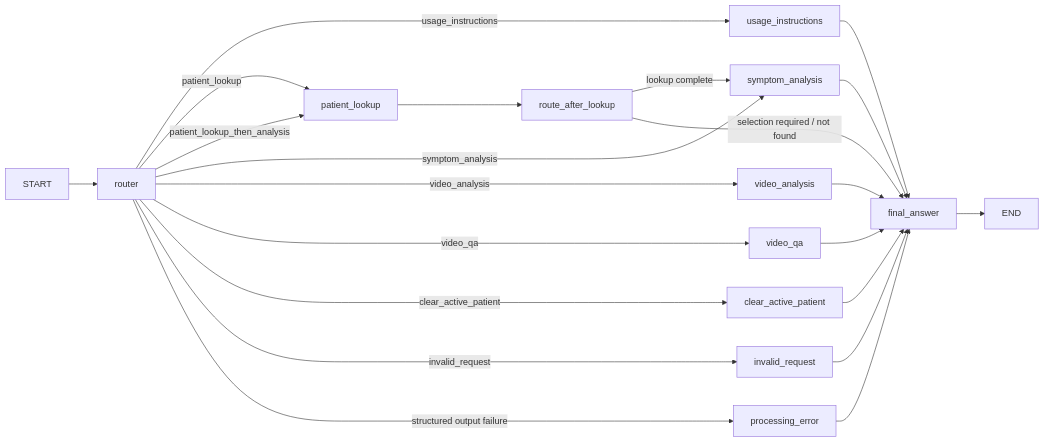
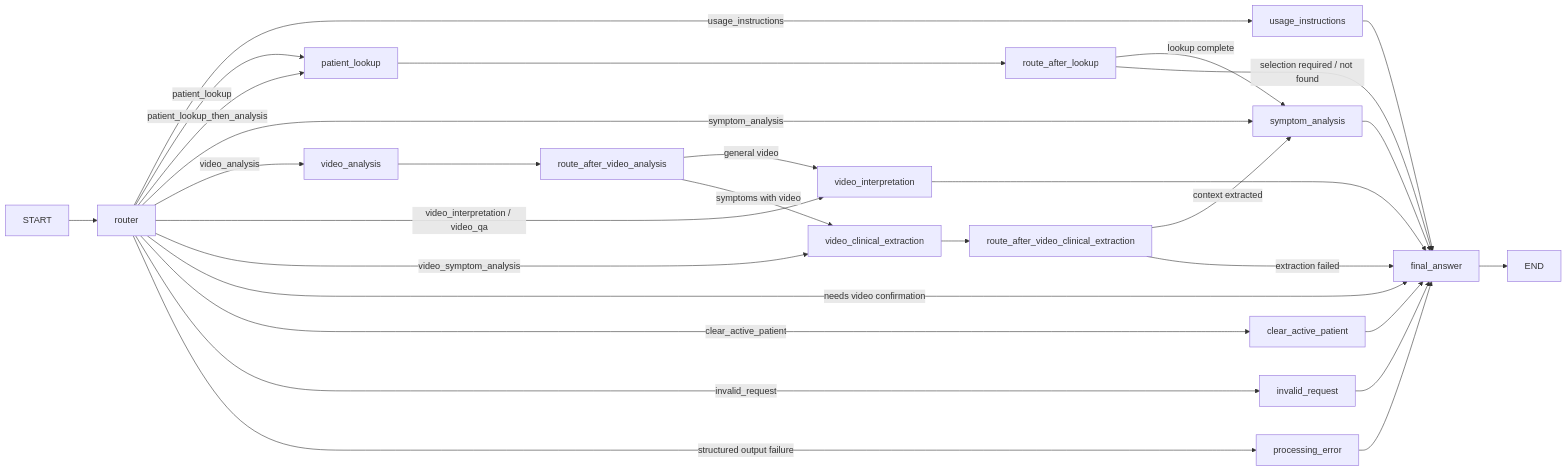
One commit to luizaaca/screening_robot changed the second of 2 diagrams in README.md. Above: the diagram before and after it, drawn with Mermaid. The commit also changed other lines of this file and 26 other files, not shown here.

Commit message:
Add initial implementation plan for NTU RGB+D 60 skeleton analysis and define JSON schema for multimodal analysis payload

````diff
--- a/README.md
+++ b/README.md
@@ -325,26 +332,34 @@
 ```mermaid
 flowchart LR
     START --> router
     router -->|usage_instructions| usage_instructions
     router -->|patient_lookup| patient_lookup
     router -->|patient_lookup_then_analysis| patient_lookup
     router -->|symptom_analysis| symptom_analysis
     router -->|video_analysis| video_analysis
-    router -->|video_qa| video_qa
+    router -->|video_interpretation / video_qa| video_interpretation
+    router -->|video_symptom_analysis| video_clinical_extraction
+    router -->|needs video confirmation| final_answer
     router -->|clear_active_patient| clear_active_patient
     router -->|invalid_request| invalid_request
     router -->|structured output failure| processing_error
 
     patient_lookup --> route_after_lookup
     route_after_lookup -->|lookup complete| symptom_analysis
     route_after_lookup -->|selection required / not found| final_answer
 
+    video_analysis --> route_after_video_analysis
+    route_after_video_analysis -->|general video| video_interpretation
+    route_after_video_analysis -->|symptoms with video| video_clinical_extraction
+    video_interpretation --> final_answer
+    video_clinical_extraction --> route_after_video_clinical_extraction
+    route_after_video_clinical_extraction -->|context extracted| symptom_analysis
+    route_after_video_clinical_extraction -->|extraction failed| final_answer
+
     usage_instructions --> final_answer
     symptom_analysis --> final_answer
-    video_analysis --> final_answer
-    video_qa --> final_answer
     clear_active_patient --> final_answer
     invalid_request --> final_answer
     processing_error --> final_answer
     final_answer --> END
 ```
````
